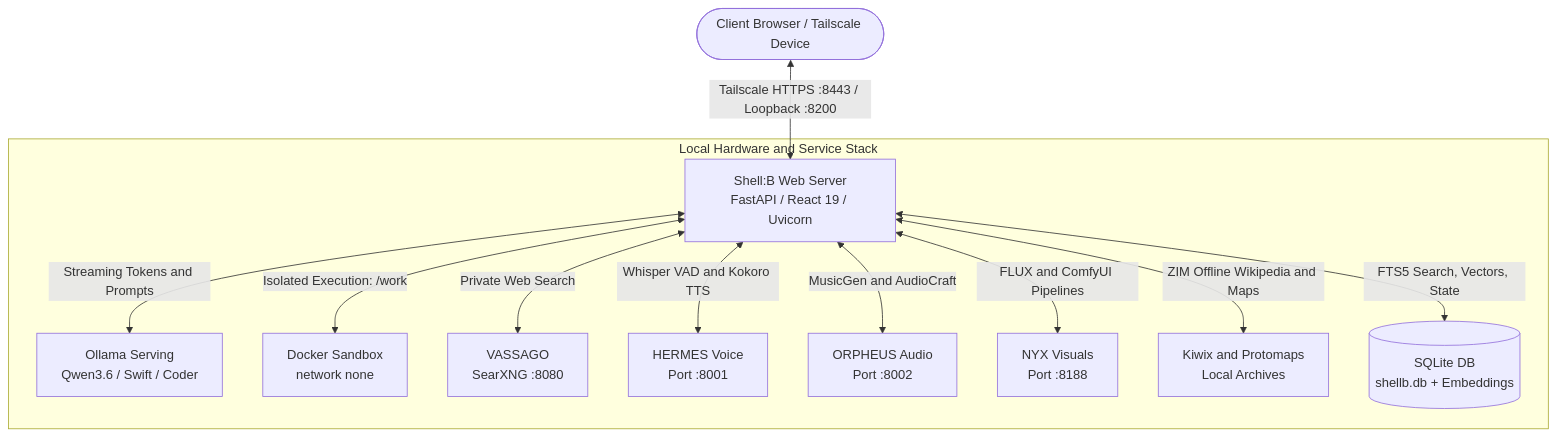
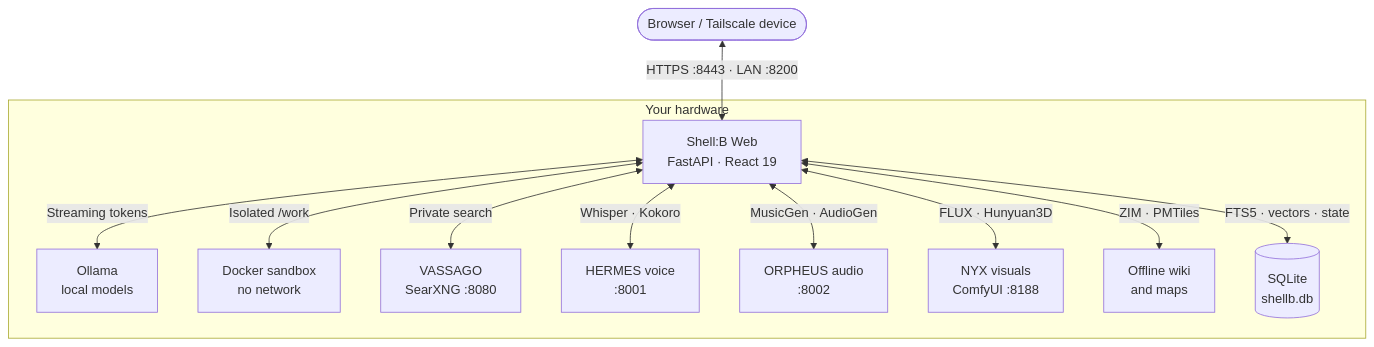
One commit to ShellB-App/Shell-B changed the diagram in README.md. Above: the diagram before and after it, drawn with Mermaid. The commit also changed other lines of this file and 48 other files, not shown here.

````diff
--- a/README.md
+++ b/README.md
@@ -129,15 +116,15 @@
 ```mermaid
 flowchart TD
-    User(["Client Browser / Tailscale Device"]) <-->|"Tailscale HTTPS :8443 / Loopback :8200"| Web["Shell:B Web Server<br/>FastAPI / React 19 / Uvicorn"]
-    
-    subgraph LocalStack ["Local Hardware and Service Stack"]
-        Web <-->|"Streaming Tokens and Prompts"| Ollama["Ollama Serving<br/>Qwen3.6 / Swift / Coder"]
-        Web <-->|"Isolated Execution: /work"| Sandbox["Docker Sandbox<br/>network none"]
-        Web <-->|"Private Web Search"| Vassago["VASSAGO<br/>SearXNG :8080"]
-        Web <-->|"Whisper VAD and Kokoro TTS"| Hermes["HERMES Voice<br/>Port :8001"]
-        Web <-->|"MusicGen and AudioCraft"| Orpheus["ORPHEUS Audio<br/>Port :8002"]
-        Web <-->|"FLUX and ComfyUI Pipelines"| Nyx["NYX Visuals<br/>Port :8188"]
-        Web <-->|"ZIM Offline Wikipedia and Maps"| Kiwix["Kiwix and Protomaps<br/>Local Archives"]
-        Web <-->|"FTS5 Search, Vectors, State"| DB[("SQLite DB<br/>shellb.db + Embeddings")]
+    User(["Browser / Tailscale device"]) <-->|"HTTPS :8443 · LAN :8200"| Web["Shell:B Web<br/>FastAPI · React 19"]
+
+    subgraph Local ["Your hardware"]
+        Web <-->|"Streaming tokens"| Ollama["Ollama<br/>local models"]
+        Web <-->|"Isolated /work"| Sandbox["Docker sandbox<br/>no network"]
+        Web <-->|"Private search"| Vassago["VASSAGO<br/>SearXNG :8080"]
+        Web <-->|"Whisper · Kokoro"| Hermes["HERMES voice<br/>:8001"]
+        Web <-->|"MusicGen · AudioGen"| Orpheus["ORPHEUS audio<br/>:8002"]
+        Web <-->|"FLUX · Hunyuan3D"| Nyx["NYX visuals<br/>ComfyUI :8188"]
+        Web <-->|"ZIM · PMTiles"| Kiwix["Offline wiki<br/>and maps"]
+        Web <-->|"FTS5 · vectors · state"| DB[("SQLite<br/>shellb.db")]
     end
 ```
````
